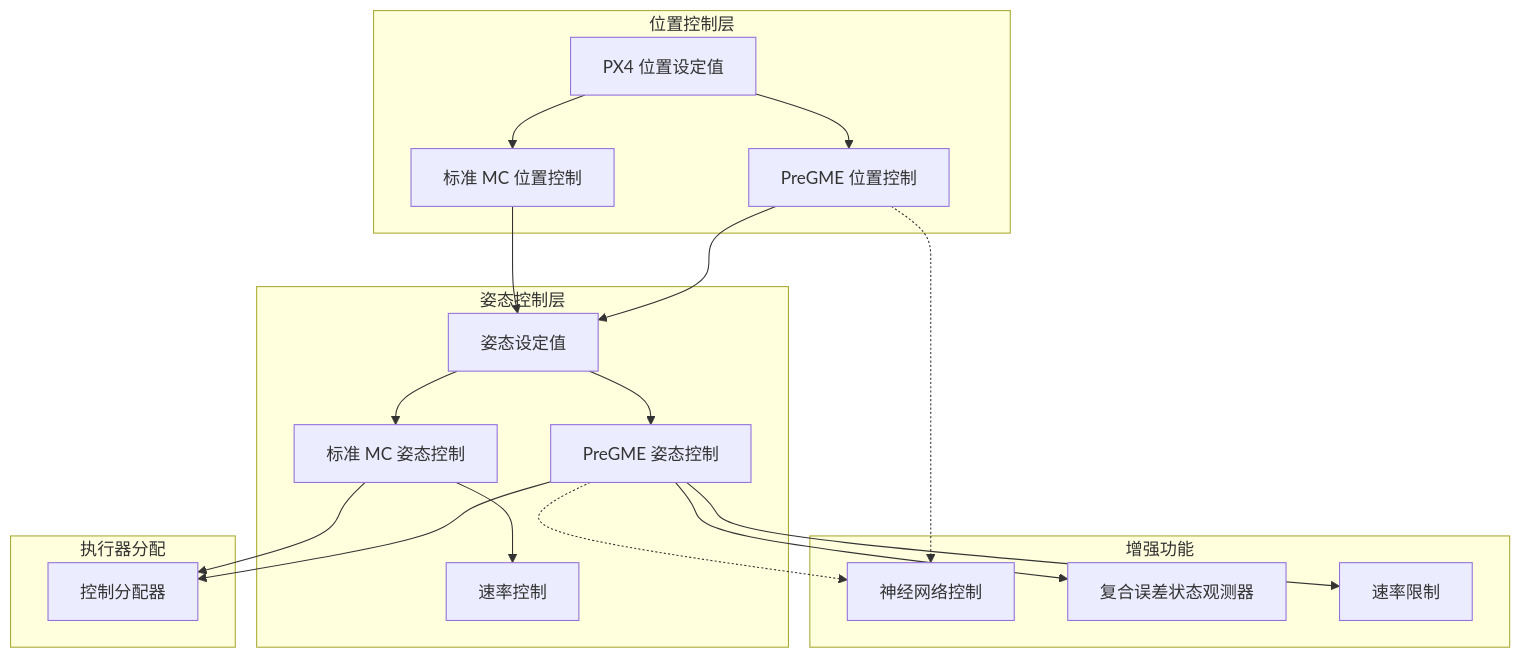
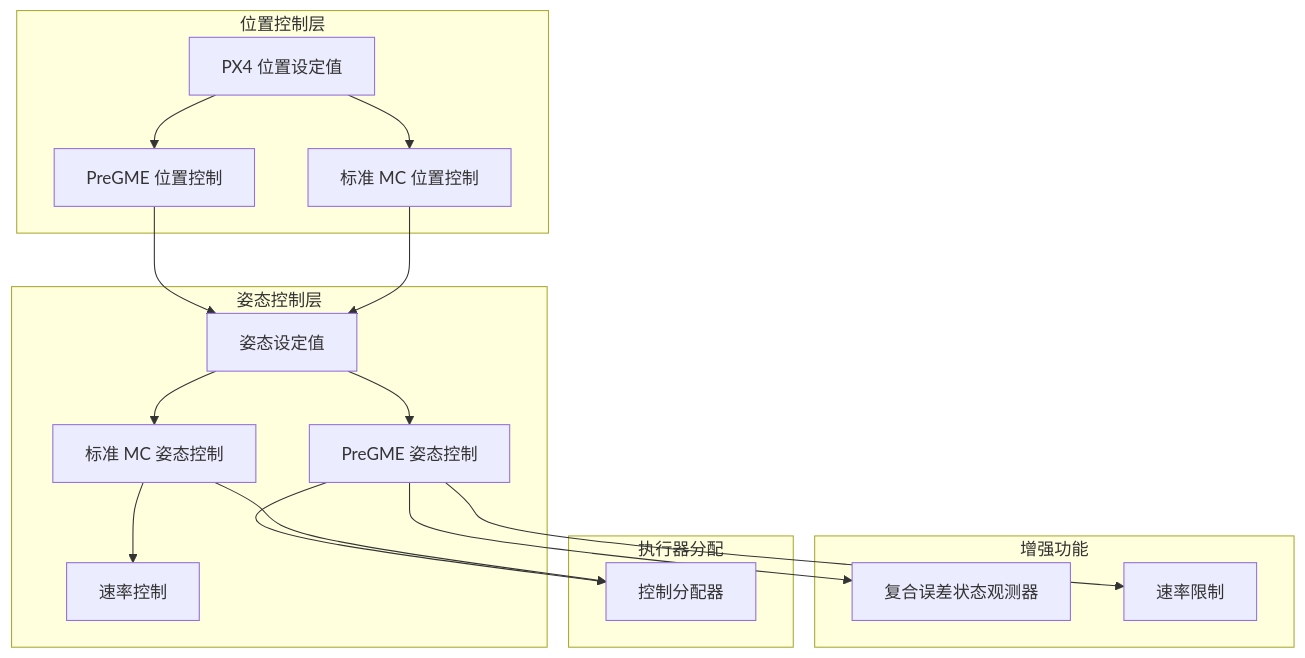
The diagram in docs/zh/architecture/control-stack.md (Episode253/VisionFlow-PX4-public), drawn with Mermaid before and after one commit. The commit also changed 87 other files, not shown here.

````diff
--- a/docs/zh/architecture/control-stack.md
+++ b/docs/zh/architecture/control-stack.md
@@ -7,43 +7,39 @@
 ```mermaid
 graph TD
     subgraph "位置控制层"
         PosCtrl[PX4 位置设定值]
         PregmePos[PreGME 位置控制]
         StdPos[标准 MC 位置控制]
     end
 
     subgraph "姿态控制层"
         AttCtrl[姿态设定值]
         PregmeAtt[PreGME 姿态控制]
         StdAtt[标准 MC 姿态控制]
         RateCtrl[速率控制]
     end
 
     subgraph "增强功能"
-        NN[神经网络控制]
         CESO[复合误差状态观测器]
         Lim[速率限制]
     end
 
     subgraph "执行器分配"
         CA[控制分配器]
     end
 
     PosCtrl --> PregmePos
     PosCtrl --> StdPos
     PregmePos --> AttCtrl
     StdPos --> AttCtrl
 
     AttCtrl --> PregmeAtt
     AttCtrl --> StdAtt
 
-    PregmePos -.-> NN
-    PregmeAtt -.-> NN
-
     PregmeAtt --> CESO
     PregmeAtt --> Lim
     StdAtt --> RateCtrl
 
     PregmeAtt --> CA
     StdAtt --> CA
 ```
````
